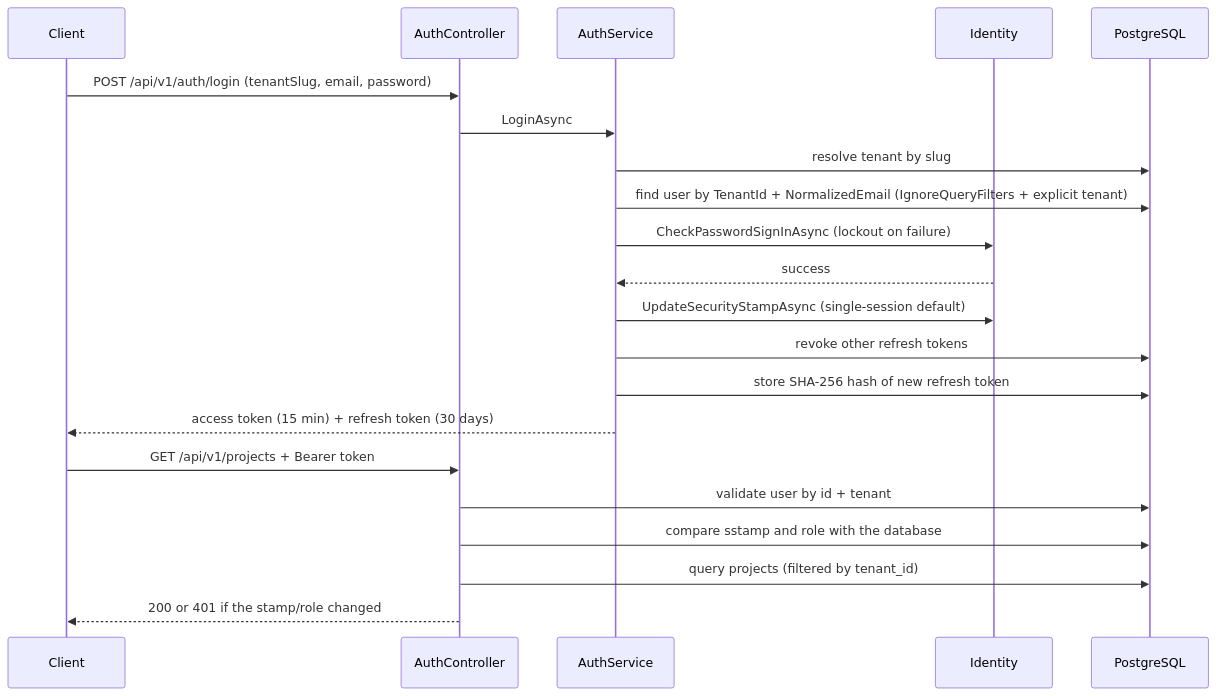
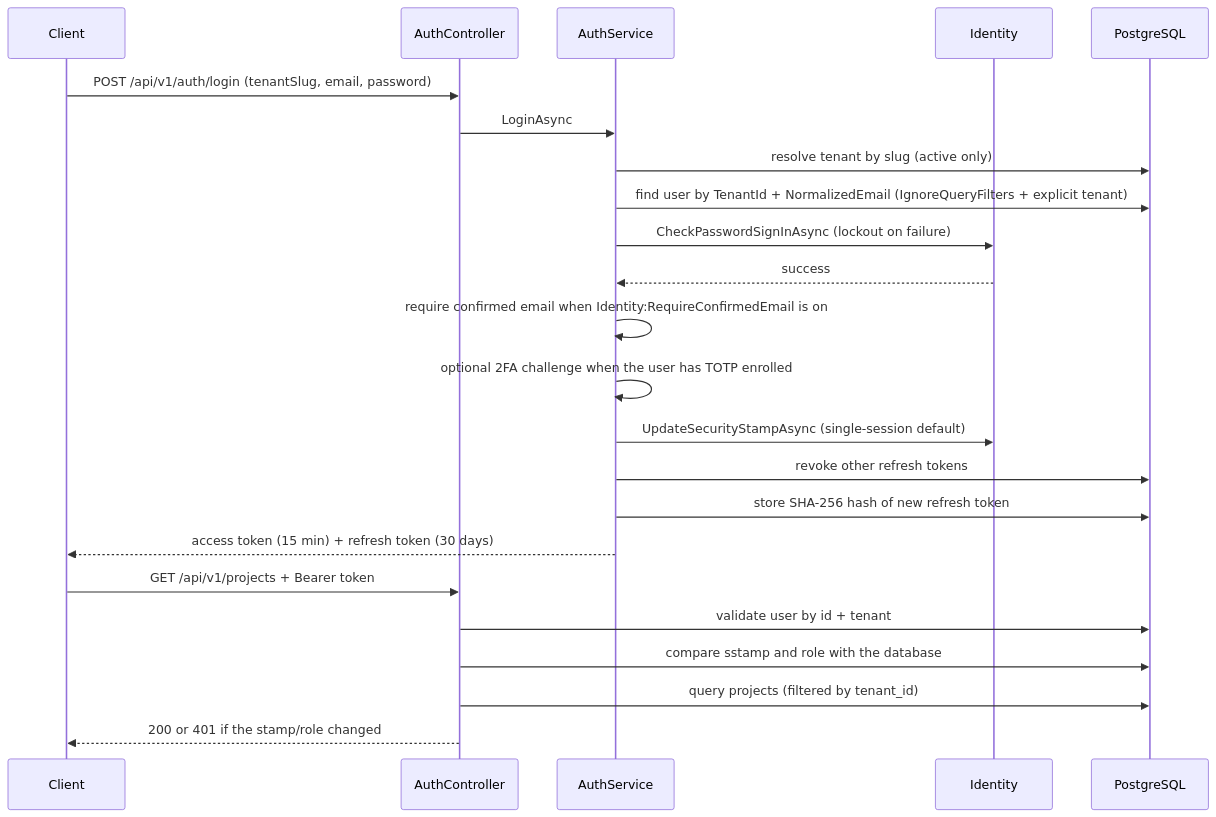
One commit to MFarooqTahir/multitenant-aspnet-api changed the fourth of 6 diagrams in docs/architecture.md. Above: the diagram before and after it, drawn with Mermaid. The commit also changed other lines of this file and 32 other files, not shown here.

````diff
--- a/docs/architecture.md
+++ b/docs/architecture.md
@@ -45,25 +48,27 @@
 ```mermaid
 sequenceDiagram
     participant C as Client
     participant A as AuthController
     participant S as AuthService
     participant I as Identity
     participant D as PostgreSQL
 
     C->>A: POST /api/v1/auth/login (tenantSlug, email, password)
     A->>S: LoginAsync
-    S->>D: resolve tenant by slug
+    S->>D: resolve tenant by slug (active only)
     S->>D: find user by TenantId + NormalizedEmail (IgnoreQueryFilters + explicit tenant)
     S->>I: CheckPasswordSignInAsync (lockout on failure)
     I-->>S: success
+    S->>S: require confirmed email when Identity:RequireConfirmedEmail is on
+    S->>S: optional 2FA challenge when the user has TOTP enrolled
     S->>I: UpdateSecurityStampAsync (single-session default)
     S->>D: revoke other refresh tokens
     S->>D: store SHA-256 hash of new refresh token
     S-->>C: access token (15 min) + refresh token (30 days)
 
     C->>A: GET /api/v1/projects + Bearer token
     A->>D: validate user by id + tenant
     A->>D: compare sstamp and role with the database
     A->>D: query projects (filtered by tenant_id)
     A-->>C: 200 or 401 if the stamp/role changed
 ```
````
